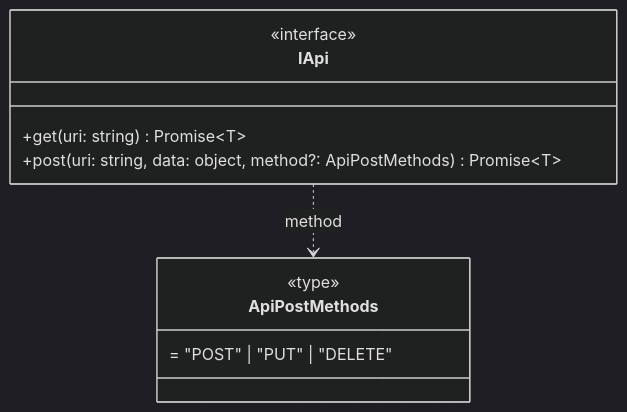
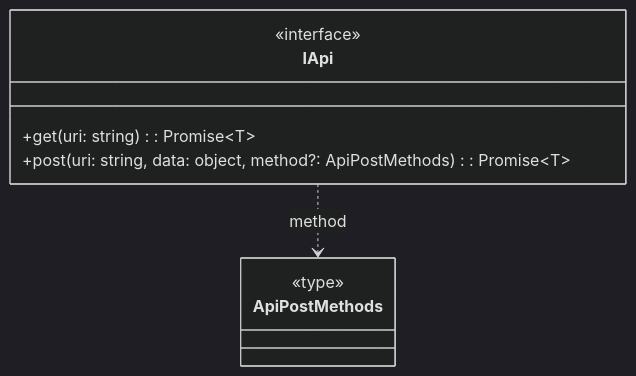
One commit to vvk2020/weblarek changed the second of 11 diagrams in README.md. Above: the diagram before and after it, drawn with Mermaid (dark theme). The commit also changed other lines of this file and 3 other files, not shown here.

````diff
--- a/README.md
+++ b/README.md
@@ -141,15 +153,14 @@
 ```mermaid
 classDiagram
     class IApi {
         <<interface>>
-        +get<T>(uri: string) Promise~T~
-        +post<T>(uri: string, data: object, method?: ApiPostMethods) Promise~T~
+        +get<T>(uri: string): Promise~T~
+        +post<T>(uri: string, data: object, method?: ApiPostMethods): Promise~T~
     }
 
     class ApiPostMethods {
         <<type>>
-        = "POST" | "PUT" | "DELETE"
     }
 
     IApi ..> ApiPostMethods : method
 ```
````
